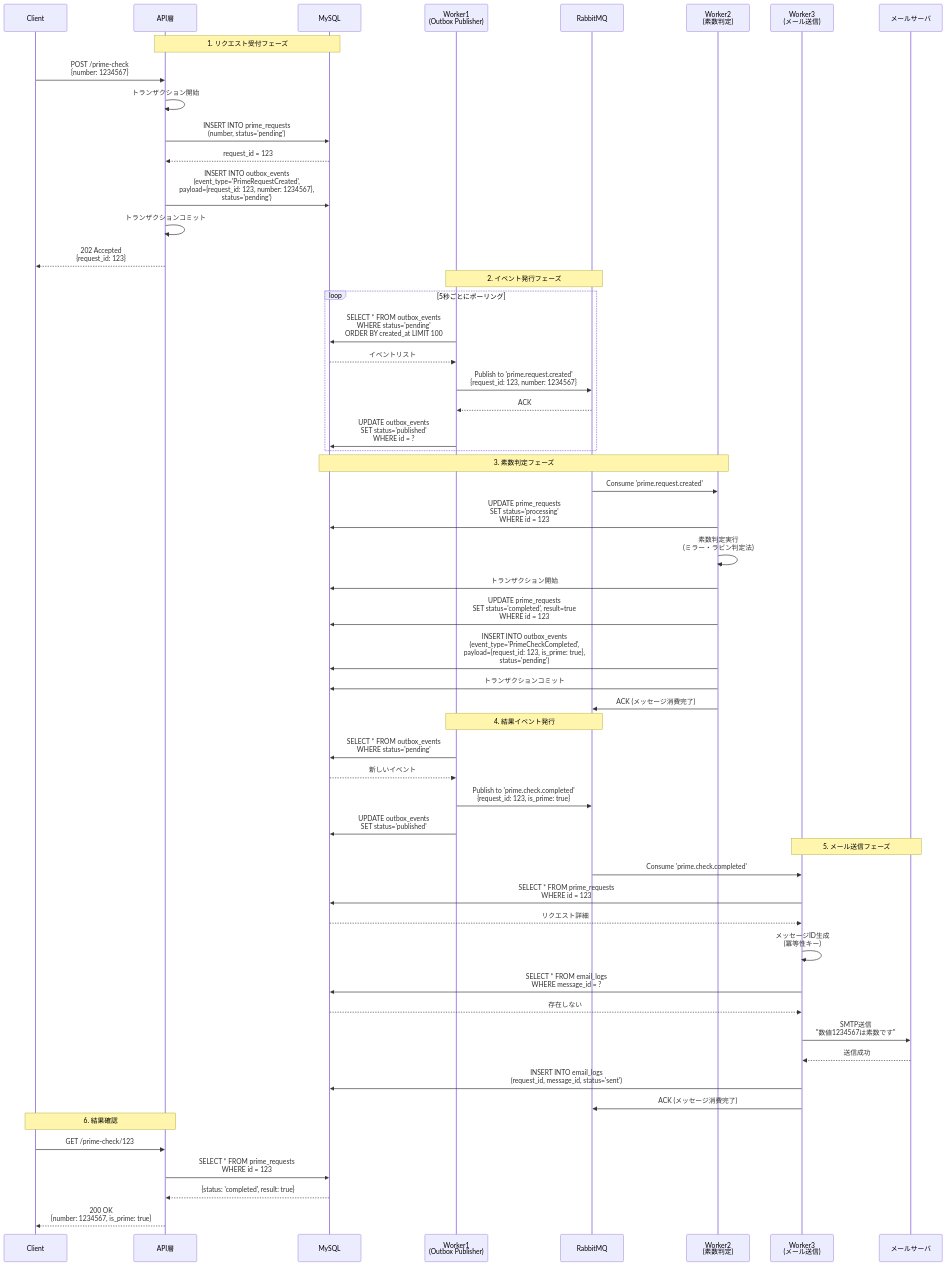
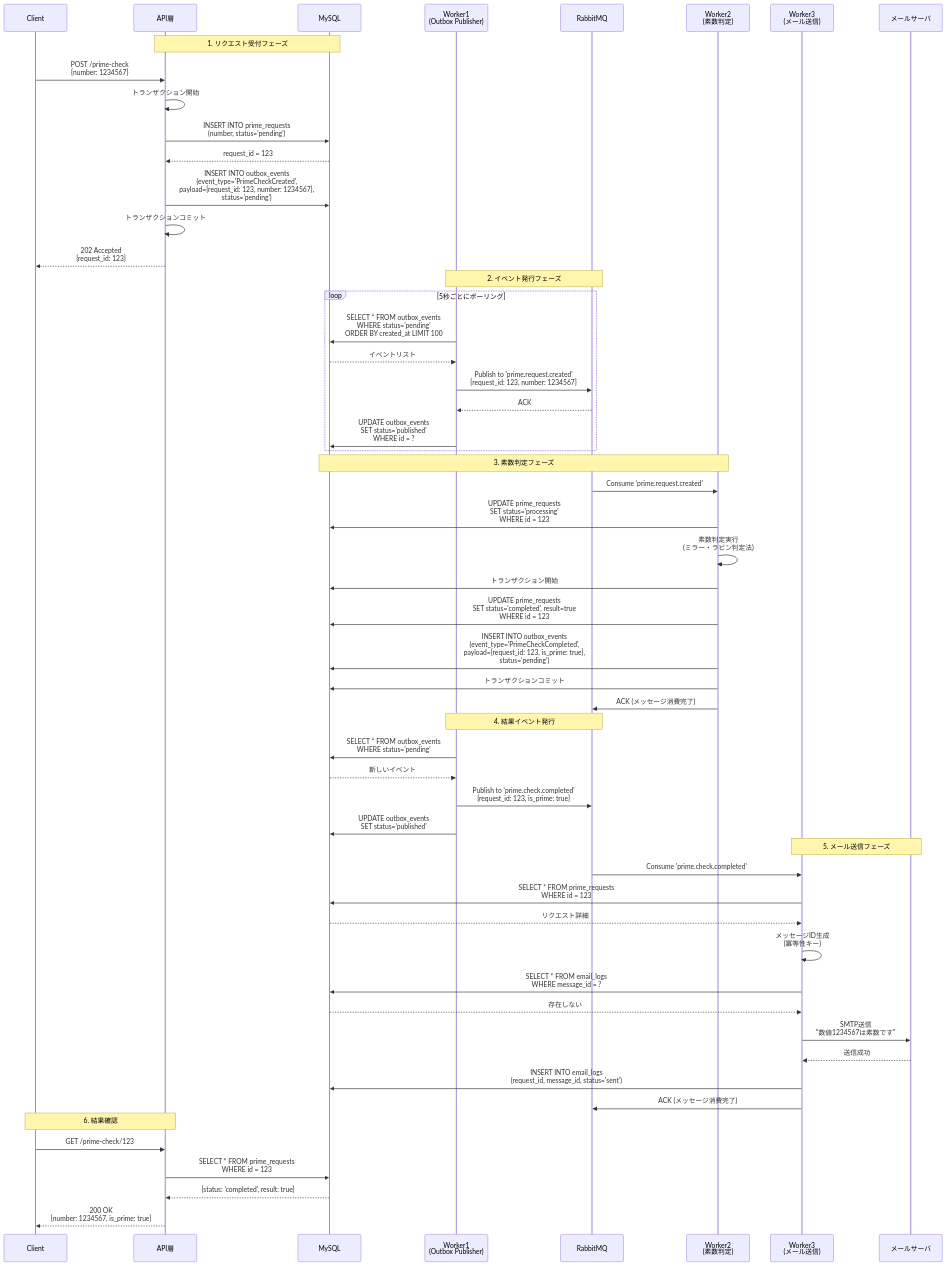
Before and after one commit to ponyo877/prime-checker: the diagram in sequenceDiagram.md, drawn with Mermaid. The commit also changed 28 other files, not shown here.

Commit message:
add naive impl for prime check

````diff
--- a/sequenceDiagram.md
+++ b/sequenceDiagram.md
@@ -1,63 +1,63 @@
 ```mermaid
 sequenceDiagram
     participant Client
     participant API as API層
     participant DB as MySQL
     participant Worker1 as Worker1<br/>(Outbox Publisher)
     participant MQ as RabbitMQ
     participant Worker2 as Worker2<br/>(素数判定)
     participant Worker3 as Worker3<br/>(メール送信)
     participant Mail as メールサーバ
 
     Note over API,DB: 1. リクエスト受付フェーズ
     Client->>API: POST /prime-check<br/>{number: 1234567}
     API->>API: トランザクション開始
     API->>DB: INSERT INTO prime_requests<br/>(number, status='pending')
     DB-->>API: request_id = 123
-    API->>DB: INSERT INTO outbox_events<br/>(event_type='PrimeRequestCreated',<br/>payload={request_id: 123, number: 1234567},<br/>status='pending')
+    API->>DB: INSERT INTO outbox_events<br/>(event_type='PrimeCheckCreated',<br/>payload={request_id: 123, number: 1234567},<br/>status='pending')
     API->>API: トランザクションコミット
     API-->>Client: 202 Accepted<br/>{request_id: 123}
 
     Note over Worker1,MQ: 2. イベント発行フェーズ
     loop 5秒ごとにポーリング
         Worker1->>DB: SELECT * FROM outbox_events<br/>WHERE status='pending'<br/>ORDER BY created_at LIMIT 100
         DB-->>Worker1: イベントリスト
         Worker1->>MQ: Publish to 'prime.request.created'<br/>{request_id: 123, number: 1234567}
         MQ-->>Worker1: ACK
         Worker1->>DB: UPDATE outbox_events<br/>SET status='published'<br/>WHERE id = ?
     end
 
     Note over Worker2,DB: 3. 素数判定フェーズ
     MQ->>Worker2: Consume 'prime.request.created'
     Worker2->>DB: UPDATE prime_requests<br/>SET status='processing'<br/>WHERE id = 123
     Worker2->>Worker2: 素数判定実行<br/>(ミラー・ラビン判定法)
     Worker2->>DB: トランザクション開始
     Worker2->>DB: UPDATE prime_requests<br/>SET status='completed', result=true<br/>WHERE id = 123
     Worker2->>DB: INSERT INTO outbox_events<br/>(event_type='PrimeCheckCompleted',<br/>payload={request_id: 123, is_prime: true},<br/>status='pending')
     Worker2->>DB: トランザクションコミット
     Worker2->>MQ: ACK (メッセージ消費完了)
 
     Note over Worker1,MQ: 4. 結果イベント発行
     Worker1->>DB: SELECT * FROM outbox_events<br/>WHERE status='pending'
     DB-->>Worker1: 新しいイベント
     Worker1->>MQ: Publish to 'prime.check.completed'<br/>{request_id: 123, is_prime: true}
     Worker1->>DB: UPDATE outbox_events<br/>SET status='published'
 
     Note over Worker3,Mail: 5. メール送信フェーズ
     MQ->>Worker3: Consume 'prime.check.completed'
     Worker3->>DB: SELECT * FROM prime_requests<br/>WHERE id = 123
     DB-->>Worker3: リクエスト詳細
     Worker3->>Worker3: メッセージID生成<br/>(冪等性キー)
     Worker3->>DB: SELECT * FROM email_logs<br/>WHERE message_id = ?
     DB-->>Worker3: 存在しない
     Worker3->>Mail: SMTP送信<br/>"数値1234567は素数です"
     Mail-->>Worker3: 送信成功
     Worker3->>DB: INSERT INTO email_logs<br/>(request_id, message_id, status='sent')
     Worker3->>MQ: ACK (メッセージ消費完了)
 
     Note over Client,API: 6. 結果確認
     Client->>API: GET /prime-check/123
     API->>DB: SELECT * FROM prime_requests<br/>WHERE id = 123
     DB-->>API: {status: 'completed', result: true}
     API-->>Client: 200 OK<br/>{number: 1234567, is_prime: true}
 ```
````
